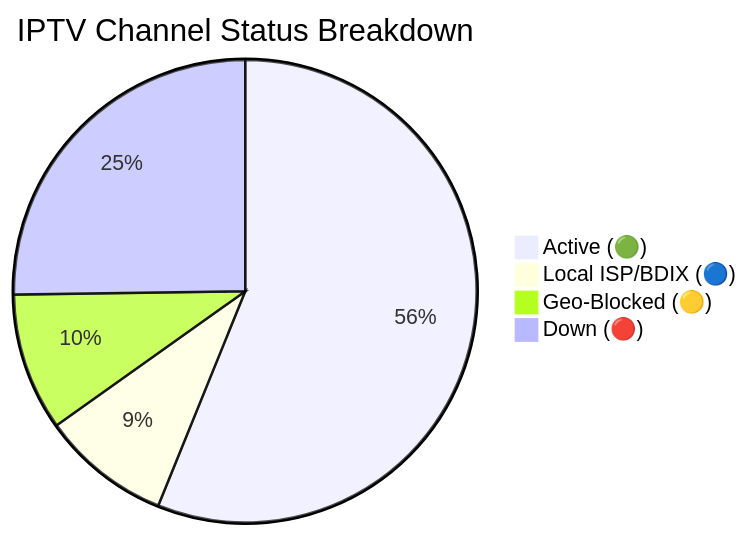
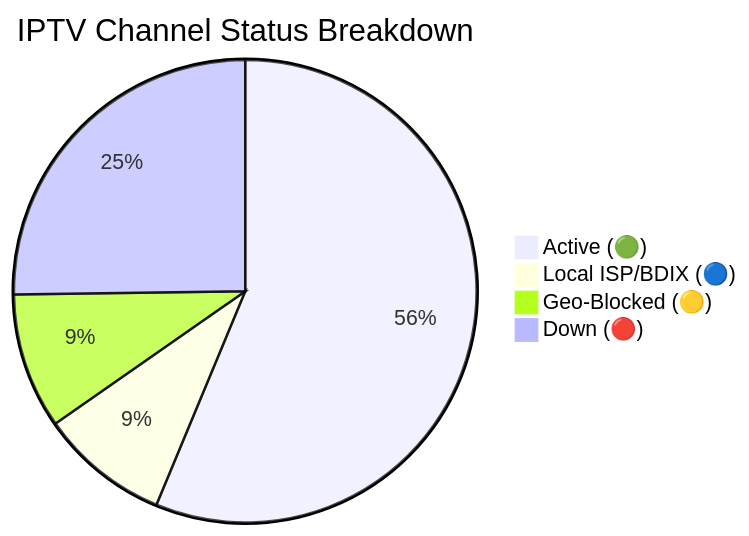
One commit to Zaman-Topu/Ip-tv-Collection changed the diagram in README.md. Above: the diagram before and after it, drawn with Mermaid. The commit also changed other lines of this file and 6 other files, not shown here.

````diff
--- a/README.md
+++ b/README.md
@@ -149,7 +149,7 @@
 ```mermaid
 pie title IPTV Channel Status Breakdown
-    "Active (🟢)" : 10686
-    "Local ISP/BDIX (🔵)" : 1719
-    "Geo-Blocked (🟡)" : 1828
-    "Down (🔴)" : 4803
+    "Active (🟢)" : 10705
+    "Local ISP/BDIX (🔵)" : 1718
+    "Geo-Blocked (🟡)" : 1803
+    "Down (🔴)" : 4797
 ```
````
